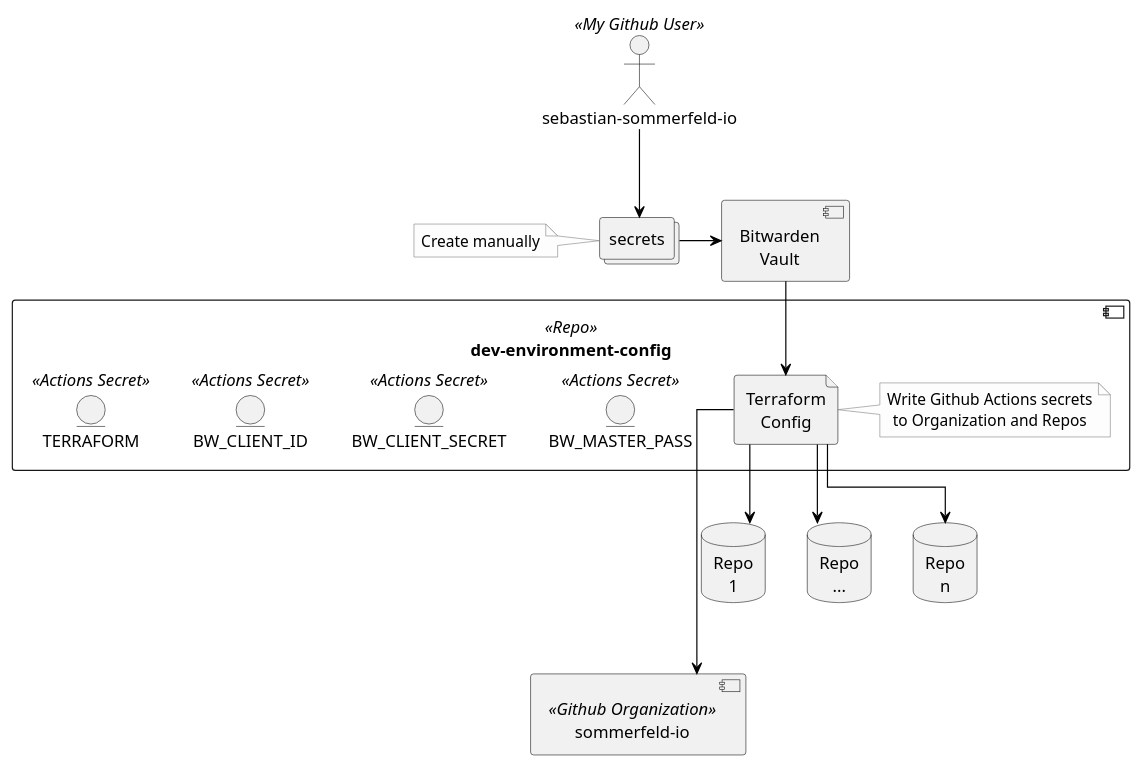
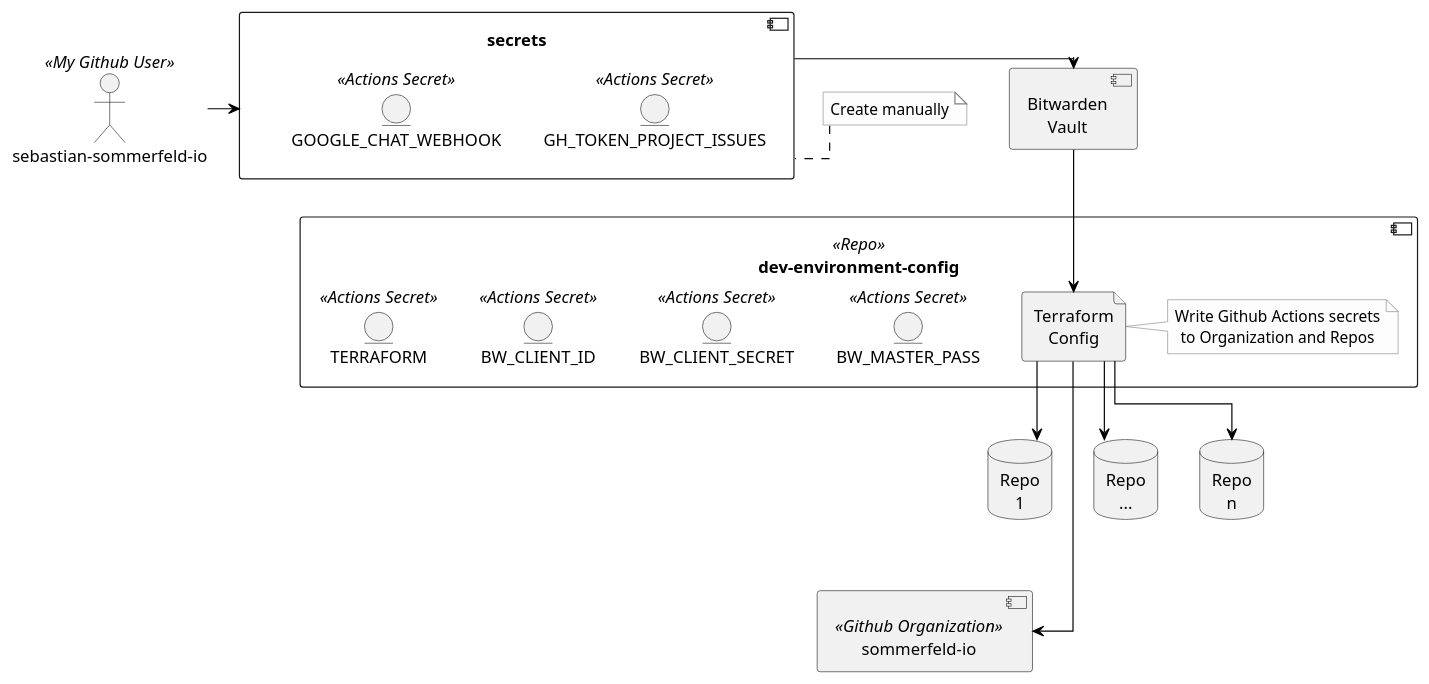
Before and after one commit to sommerfeld-io/dev-environment-config: the diagram in docs/modules/arc42-docs/pages/08-concepts.adoc, drawn with PlantUML. The commit also changed other lines of this file, not shown here.

Commit message:
updated diagram

```diff
--- a/docs/modules/arc42-docs/pages/08-concepts.adoc
+++ b/docs/modules/arc42-docs/pages/08-concepts.adoc
@@ -16,52 +16,54 @@
 [plantuml, puml-build-image, svg]
 ----
 @startuml
 
 skinparam linetype ortho
 skinparam monochrome false
 skinparam componentStyle uml2
 skinparam backgroundColor #fff
 skinparam ArrowColor black
 skinparam NoteBorderColor Grey
 skinparam NoteBackgroundColor #fdfdfd
 skinparam defaultTextAlignment center
 skinparam activity {
 FontName Ubuntu
 }
 
 actor me as "sebastian-sommerfeld-io" <<My Github User>>
-collections secrets
-me --> secrets
+component secrets {
+    entity GH_TOKEN_PROJECT_ISSUES <<Actions Secret>>
+    entity GOOGLE_CHAT_WEBHOOK <<Actions Secret>>
+}
+me -right-> secrets
 note left of secrets: Create manually
 
 component vault as "Bitwarden\nVault"
 secrets -> vault
 
 component dev_repo as "dev-environment-config" <<Repo>> {
     file tf as "Terraform\nConfig"
     note right of tf: Write Github Actions secrets\nto Organization and Repos
-    
-    entity TERRAFORM <<Actions Secret>>
-    
+
+    entity TERRAFORM <<Actions Secret>>    
     entity BW_CLIENT_ID <<Actions Secret>>
     entity BW_CLIENT_SECRET <<Actions Secret>>
     entity BW_MASTER_PASS <<Actions Secret>>
     
     BW_CLIENT_ID -[hidden]right- BW_CLIENT_SECRET
     BW_CLIENT_SECRET -[hidden]right- BW_MASTER_PASS
 }
 
 vault -down-> tf
 
 component org as "sommerfeld-io" <<Github Organization>>
 database r1 as "Repo\n1"
 database r2 as "Repo\n..."
 database r3 as "Repo\nn"
 
 tf -down--> org
 tf -down-> r1
 tf -down-> r2
 tf -down-> r3
 
 @enduml
 ----
```
